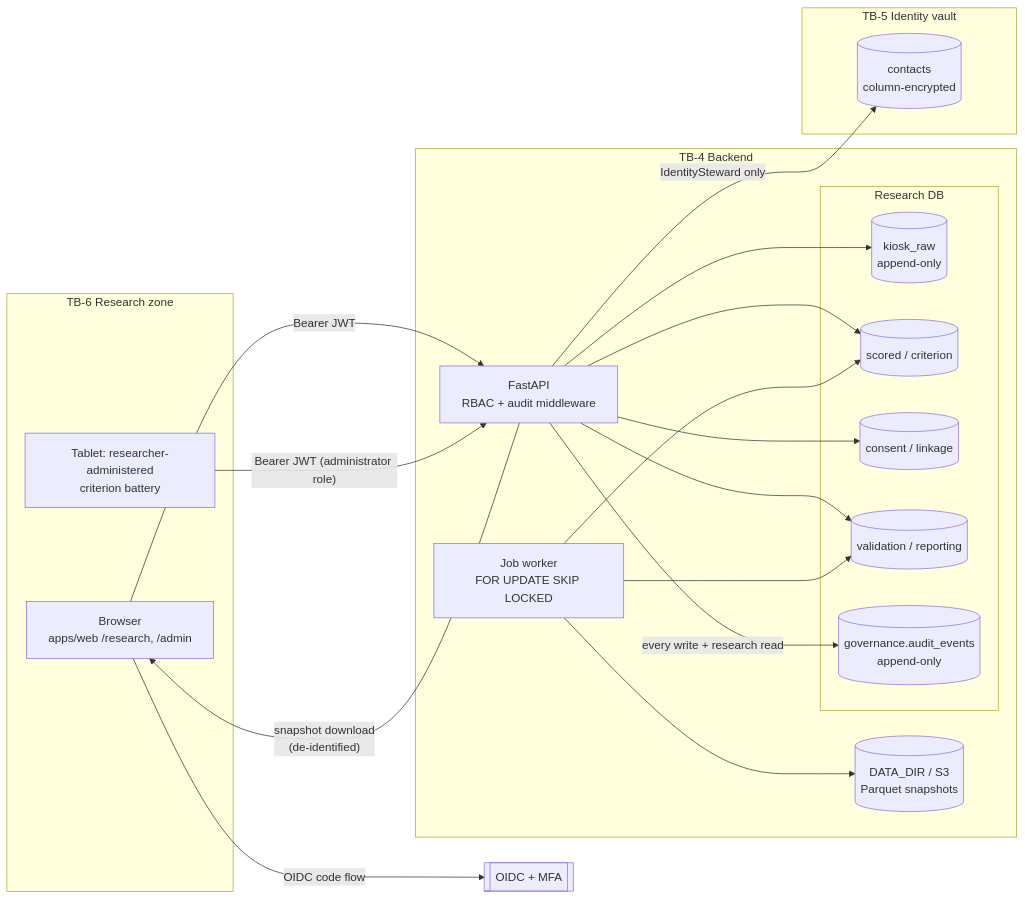
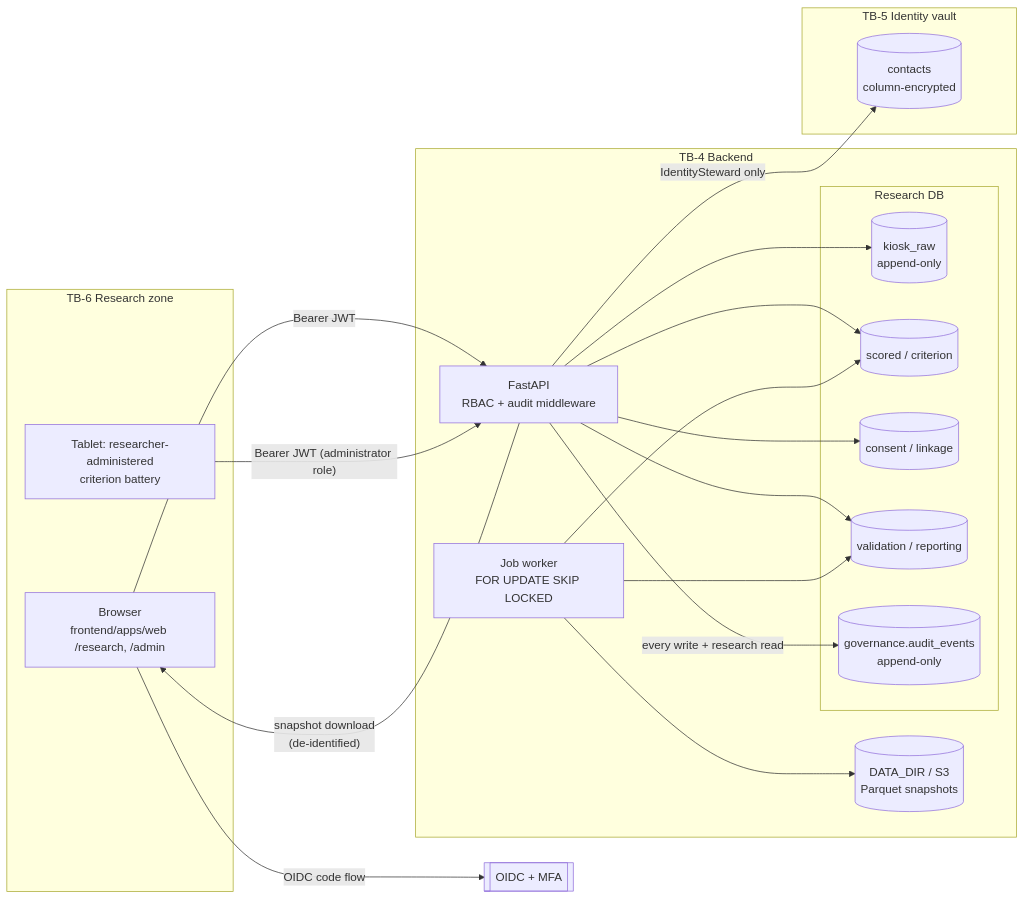
One commit to ankits1802/shriii-kiosk-games changed the fourth of 6 diagrams in docs/security/data-flows.md. Above: the diagram before and after it, drawn with Mermaid. The commit also changed other lines of this file and 391 other files, not shown here.

````diff
--- a/docs/security/data-flows.md
+++ b/docs/security/data-flows.md
@@ -143,31 +143,31 @@
 ```mermaid
 flowchart LR
   subgraph TB6["TB-6 Research zone"]
-    BR[Browser<br/>apps/web /research, /admin]
+    BR[Browser<br/>frontend/apps/web /research, /admin]
     ADM[Tablet: researcher-administered<br/>criterion battery]
   end
   subgraph TB4["TB-4 Backend"]
     API[FastAPI<br/>RBAC + audit middleware]
     W[Job worker<br/>FOR UPDATE SKIP LOCKED]
     subgraph DB["Research DB"]
       RAW[(kiosk_raw<br/>append-only)]
       SC[(scored / criterion)]
       CON[(consent / linkage)]
       VAL[(validation / reporting)]
       GOV[(governance.audit_events<br/>append-only)]
     end
     FS[(DATA_DIR / S3<br/>Parquet snapshots)]
   end
   subgraph TB5["TB-5 Identity vault"]
     VAULT[(contacts<br/>column-encrypted)]
   end
   IDP[[OIDC + MFA]]
   BR -- "OIDC code flow" --> IDP
   BR -- "Bearer JWT" --> API
   ADM -- "Bearer JWT (administrator role)" --> API
   API --> RAW & SC & CON & VAL
   API -- "every write + research read" --> GOV
   API -- "IdentitySteward only" --> VAULT
   W --> SC & VAL & FS
   API -- "snapshot download<br/>(de-identified)" --> BR
 ```
````
